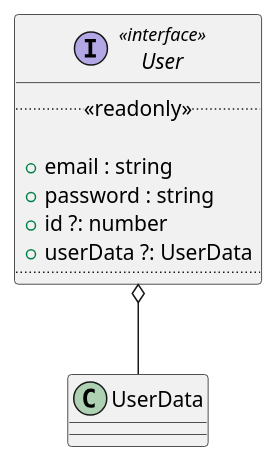
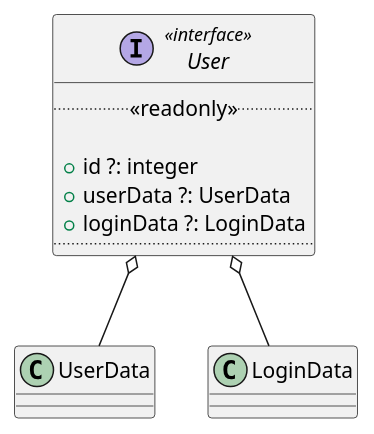
Before and after one commit to GruppOne/stalker-web-app: the diagram in docs/diagrams/interfaces/User/User.pu, drawn with PlantUML. The commit also changed 22 other files, not shown here.

Commit message:
docs: improve class diagrams, add allegato tecnico structure

```diff
--- a/docs/diagrams/interfaces/User/User.pu
+++ b/docs/diagrams/interfaces/User/User.pu
@@ -1,13 +1,13 @@
 @startuml User Diagram
 interface User <<interface>> {
   ..<<readonly>>..
 
-  + email : string
-  + password : string
-  + id ?: number
+  + id ?: integer
   + userData ?: UserData
+  + loginData ?: LoginData
   ....
 }
 
 User o-- UserData
+User o-- LoginData
 @enduml
```
